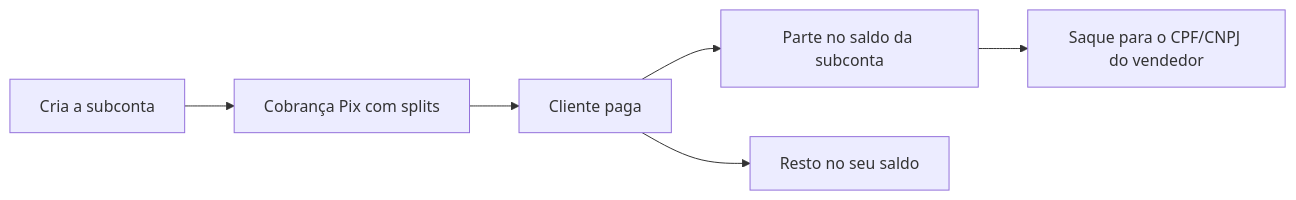
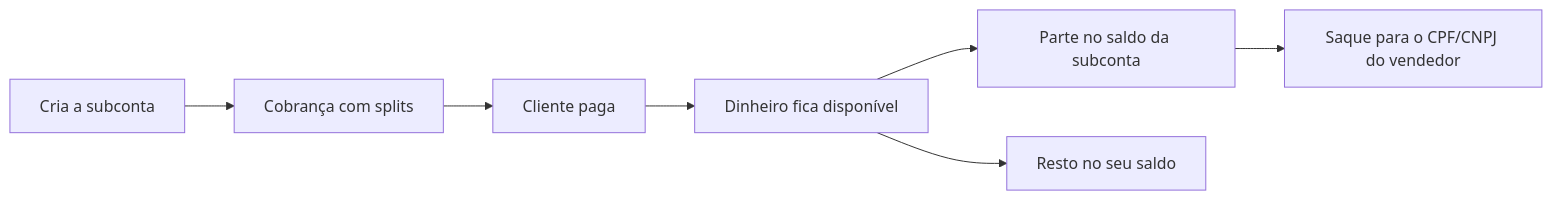
The diagram in pages/dinheiro/subcontas-e-split.mdx (AbacatePay/documentation), drawn with Mermaid before and after one commit. The commit also changed other lines of this file and 5 other files, not shown here.

````diff
--- a/pages/dinheiro/subcontas-e-split.mdx
+++ b/pages/dinheiro/subcontas-e-split.mdx
@@ -19,8 +19,9 @@
 ```mermaid
 flowchart LR
-    A[Cria a subconta] --> B[Cobrança Pix com splits]
+    A[Cria a subconta] --> B[Cobrança com splits]
     B --> C[Cliente paga]
-    C --> D[Parte no saldo da subconta]
-    C --> E[Resto no seu saldo]
+    C --> G[Dinheiro fica disponível]
+    G --> D[Parte no saldo da subconta]
+    G --> E[Resto no seu saldo]
     D --> F["Saque para o CPF/CNPJ do vendedor"]
 ```
````
